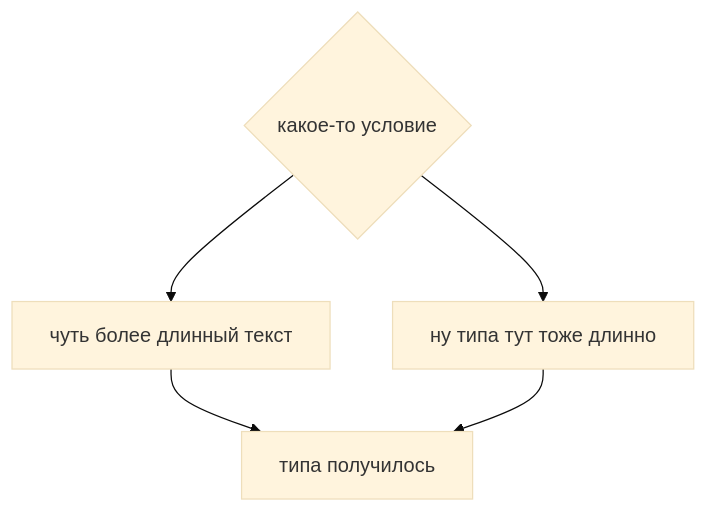
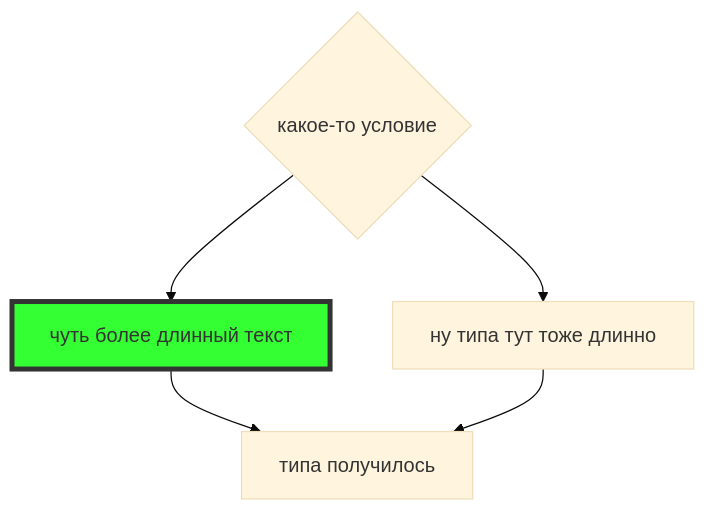
Before and after one commit to SofiiaBobr5565/Mermaid_syntax_hints_for_md: the sixth of 6 diagrams in README.md, drawn with Mermaid (base theme).

````diff
--- a/README.md
+++ b/README.md
@@ -63,4 +63,5 @@
 ```mermaid
 flowchart TB
+style id1 fill:#3f3,stroke:#333,stroke-width:4px
 node8{какое-то условие}--> id1["чуть более длинный текст"] & id2["ну типа тут тоже длинно"]--> id3["типа получилось"]
 ```
````
